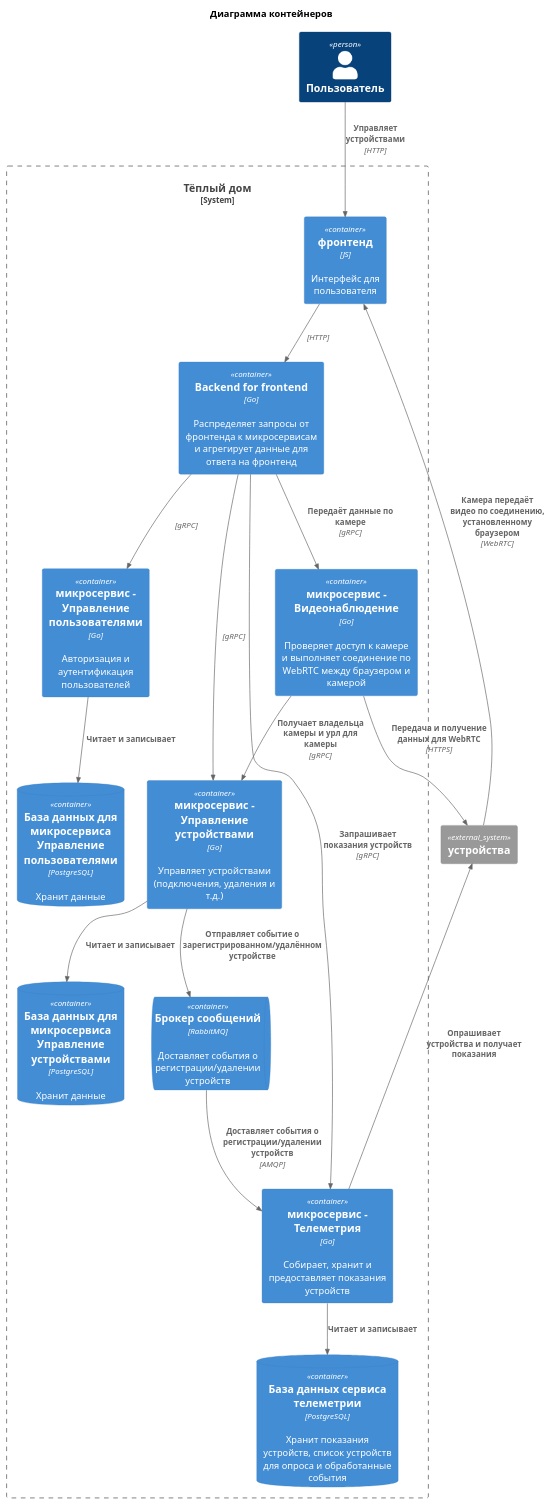
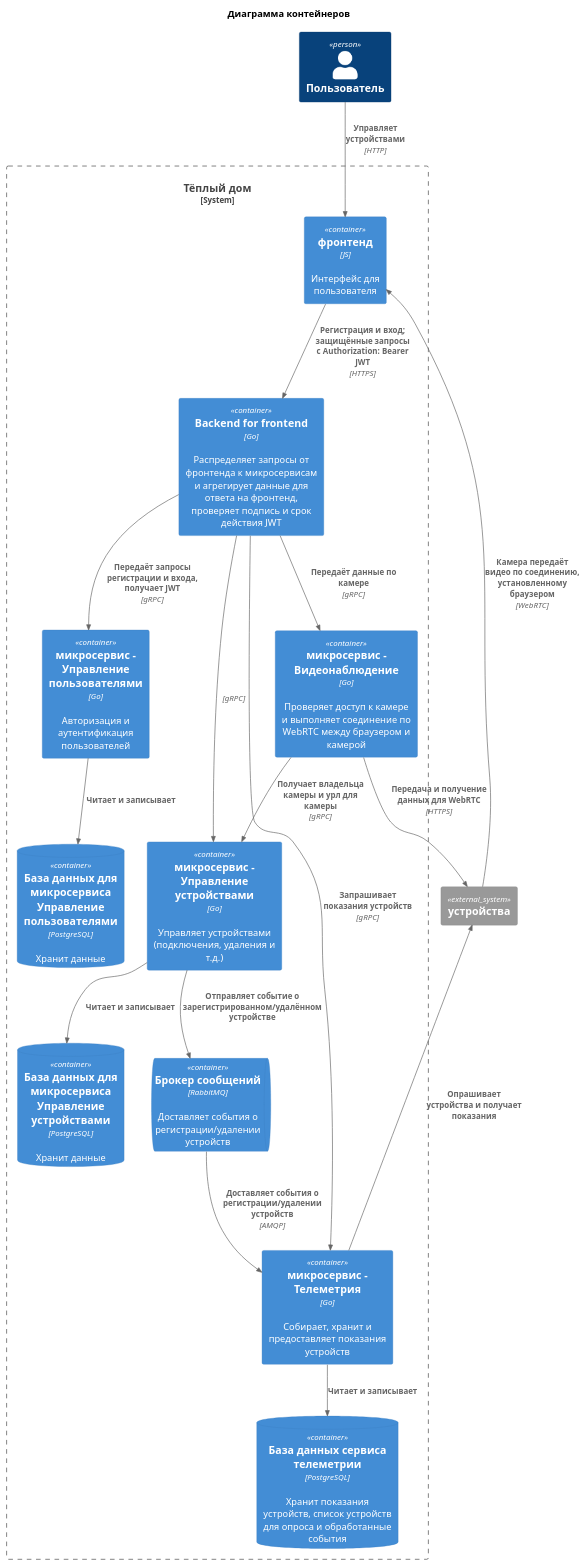
The diagram in schemas/2/container.puml (NikolosHGW/architecture-pro-warmhouse), drawn with PlantUML before and after one commit. The commit also changed 1 other file, not shown here.

Commit message:
Задание 2: Диаграмма компонентов - Управление пользователями

```diff
--- a/schemas/2/container.puml
+++ b/schemas/2/container.puml
@@ -1,49 +1,49 @@
 @startuml
 !include <C4/C4_Container>
 
 title Диаграмма контейнеров
 
 Person(user, "Пользователь")
 
 System_Boundary(warmhouse, "Тёплый дом") {
 
     Container(web_client, "фронтенд", "JS", "Интерфейс для пользователя")
 
-    Container(bff, "Backend for frontend", "Go", "Распределяет запросы от фронтенда к микросервисам и агрегирует данные для ответа на фронтенд")
+    Container(bff, "Backend for frontend", "Go", "Распределяет запросы от фронтенда к микросервисам и агрегирует данные для ответа на фронтенд, проверяет подпись и срок действия JWT")
 
     Container(devices, "микросервис - Управление устройствами", "Go", "Управляет устройствами (подключения, удаления и т.д.)")
 
     ContainerDb(devices_db, "База данных для микросервиса Управление устройствами", "PostgreSQL", "Хранит данные")
 
     Container(telemetry, "микросервис - Телеметрия", "Go", "Собирает, хранит и предоставляет показания устройств")
 
     ContainerDb(telemetry_db, "База данных сервиса телеметрии", "PostgreSQL", "Хранит показания устройств, список устройств для опроса и обработанные события")
 
     Container(video, "микросервис - Видеонаблюдение", "Go", "Проверяет доступ к камере и выполняет соединение по WebRTC между браузером и камерой")
 
     Container(auth, "микросервис - Управление пользователями", "Go", "Авторизация и аутентификация пользователей")
 
     ContainerDb(auth_db, "База данных для микросервиса Управление пользователями", "PostgreSQL", "Хранит данные")
 
     ContainerQueue(rabbitmq, "Брокер сообщений", "RabbitMQ", "Доставляет события о регистрации/удалении устройств")
 }
 
 System_Ext("user_devices", "устройства")
 
 Rel(user, web_client, "Управляет устройствами", "HTTP")
-Rel(web_client, bff, "", "HTTP")
+Rel(web_client, bff, "Регистрация и вход; защищённые запросы с Authorization: Bearer JWT", "HTTPS")
 Rel(bff, devices, "", "gRPC")
 Rel(bff, telemetry, "Запрашивает показания устройств", "gRPC")
 Rel(bff, video, "Передаёт данные по камере", "gRPC")
 Rel(video, devices, "Получает владельца камеры и урл для камеры", "gRPC")
 Rel(video, user_devices, "Передача и получение данных для WebRTC", "HTTPS")
 Rel(user_devices, web_client, "Камера передаёт видео по соединению, установленному браузером", "WebRTC")
-Rel(bff, auth, "", "gRPC")
+Rel(bff, auth, "Передаёт запросы регистрации и входа, получает JWT", "gRPC")
 Rel(devices, devices_db, "Читает и записывает")
 Rel(telemetry, telemetry_db, "Читает и записывает")
 Rel(auth, auth_db, "Читает и записывает")
 Rel(telemetry, user_devices, "Опрашивает устройства и получает показания")
 Rel(devices, rabbitmq, "Отправляет событие о зарегистрированном/удалённом устройстве")
 Rel(rabbitmq, telemetry, "Доставляет события о регистрации/удалении устройств", "AMQP")
 
 @enduml
```
